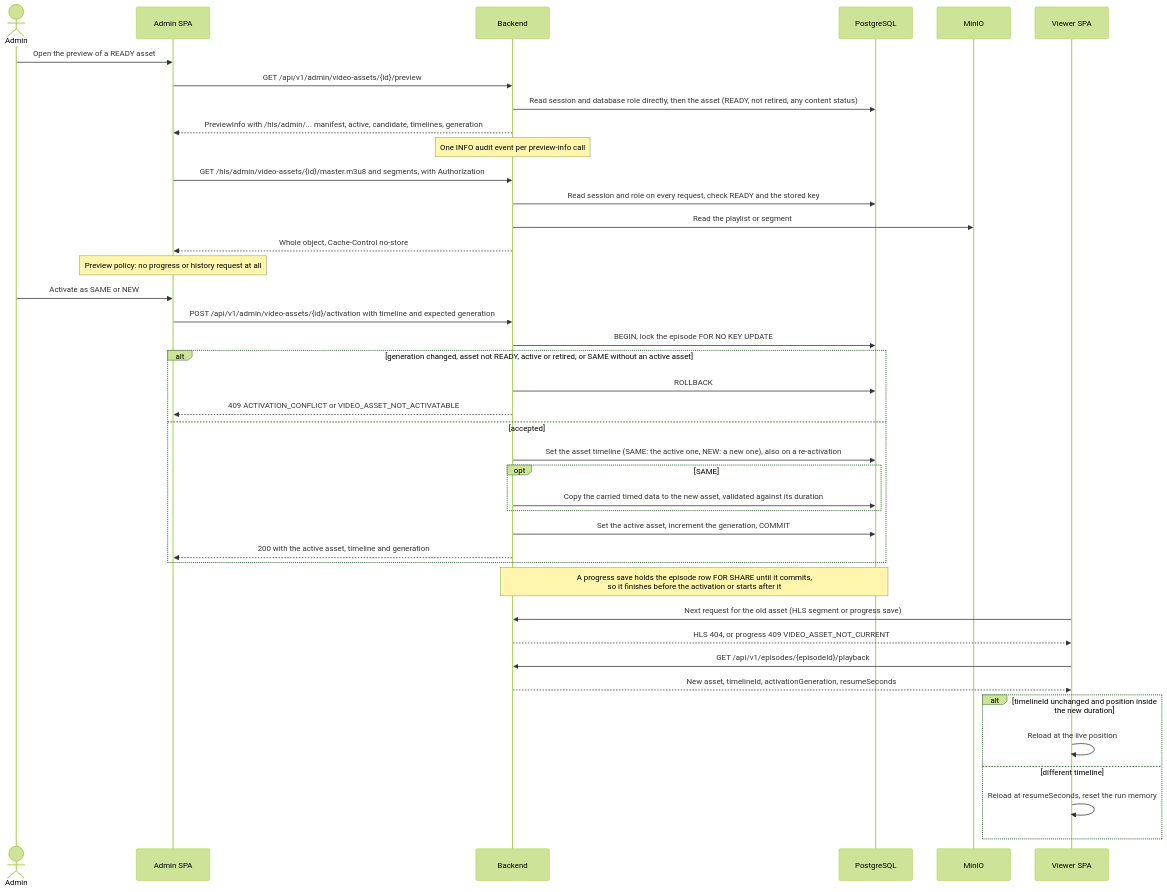
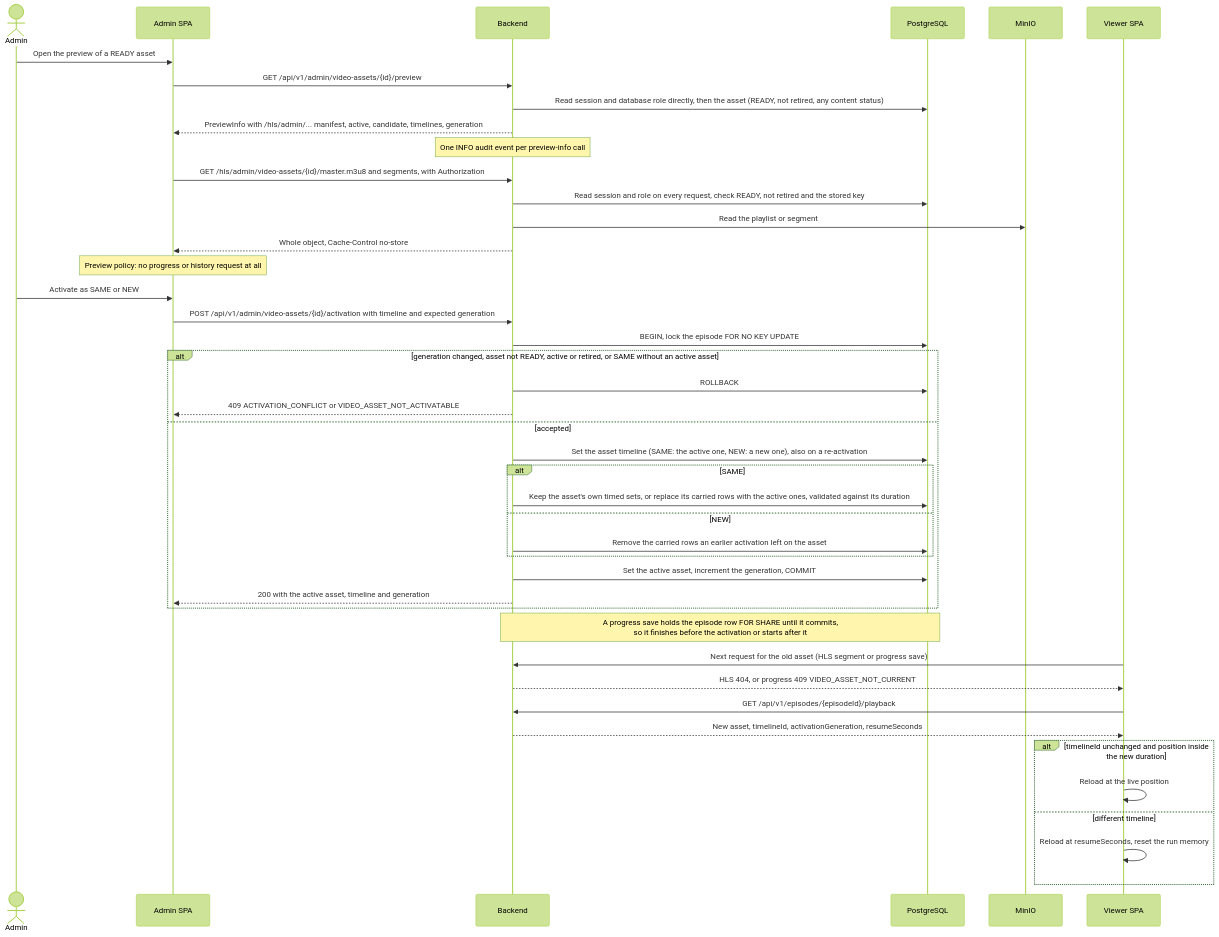
One commit to Duyphanb/Self-hosted-VoD-Platform changed the eighth of 10 diagrams in docs/architecture/SEQUENCE-DIAGRAMS.md. Above: the diagram before and after it, drawn with Mermaid (forest theme). The commit also changed 2 other files, not shown here.

Commit message:
docs(catalog): address review round 4 on ADR-013
- Activation applies the carry rules for both choices: NEW removes the
  carried rows an earlier activation left on a returning asset; the
  sequence diagram shows both branches.
- The #168 asset list carries the D17 projection per episode before S5;
  S5 adds active, candidate and retired (as #258 records).
- playback_progress.episode_id and watch_history.episode_id are NOT NULL
  after the backfill.
- Preview HLS requests check retirement on every request in the diagram.
- Record the accepted residual for a previous-build upload frozen
  between its movie check and its POST across the whole deployment.

````diff
--- a/docs/architecture/SEQUENCE-DIAGRAMS.md
+++ b/docs/architecture/SEQUENCE-DIAGRAMS.md
@@ -257,44 +257,46 @@
 ```mermaid
 sequenceDiagram
     actor Admin
     participant AdminSPA as Admin SPA
     participant Backend
     participant PostgreSQL
     participant MinIO
     participant ViewerSPA as Viewer SPA
 
     Admin->>AdminSPA: Open the preview of a READY asset
     AdminSPA->>Backend: GET /api/v1/admin/video-assets/{id}/preview
     Backend->>PostgreSQL: Read session and database role directly, then the asset (READY, not retired, any content status)
     Backend-->>AdminSPA: PreviewInfo with /hls/admin/... manifest, active, candidate, timelines, generation
     Note over Backend: One INFO audit event per preview-info call
     AdminSPA->>Backend: GET /hls/admin/video-assets/{id}/master.m3u8 and segments, with Authorization
-    Backend->>PostgreSQL: Read session and role on every request, check READY and the stored key
+    Backend->>PostgreSQL: Read session and role on every request, check READY, not retired and the stored key
     Backend->>MinIO: Read the playlist or segment
     Backend-->>AdminSPA: Whole object, Cache-Control no-store
     Note over AdminSPA: Preview policy: no progress or history request at all
     Admin->>AdminSPA: Activate as SAME or NEW
     AdminSPA->>Backend: POST /api/v1/admin/video-assets/{id}/activation with timeline and expected generation
     Backend->>PostgreSQL: BEGIN, lock the episode FOR NO KEY UPDATE
     alt generation changed, asset not READY, active or retired, or SAME without an active asset
         Backend->>PostgreSQL: ROLLBACK
         Backend-->>AdminSPA: 409 ACTIVATION_CONFLICT or VIDEO_ASSET_NOT_ACTIVATABLE
     else accepted
         Backend->>PostgreSQL: Set the asset timeline (SAME: the active one, NEW: a new one), also on a re-activation
-        opt SAME
-            Backend->>PostgreSQL: Copy the carried timed data to the new asset, validated against its duration
+        alt SAME
+            Backend->>PostgreSQL: Keep the asset's own timed sets, or replace its carried rows with the active ones, validated against its duration
+        else NEW
+            Backend->>PostgreSQL: Remove the carried rows an earlier activation left on the asset
         end
         Backend->>PostgreSQL: Set the active asset, increment the generation, COMMIT
         Backend-->>AdminSPA: 200 with the active asset, timeline and generation
     end
     Note over Backend,PostgreSQL: A progress save holds the episode row FOR SHARE until it commits,<br/>so it finishes before the activation or starts after it
     ViewerSPA->>Backend: Next request for the old asset (HLS segment or progress save)
     Backend-->>ViewerSPA: HLS 404, or progress 409 VIDEO_ASSET_NOT_CURRENT
     ViewerSPA->>Backend: GET /api/v1/episodes/{episodeId}/playback
     Backend-->>ViewerSPA: New asset, timelineId, activationGeneration, resumeSeconds
     alt timelineId unchanged and position inside the new duration
         ViewerSPA->>ViewerSPA: Reload at the live position
     else different timeline
         ViewerSPA->>ViewerSPA: Reload at resumeSeconds, reset the run memory
     end
 ```
````
